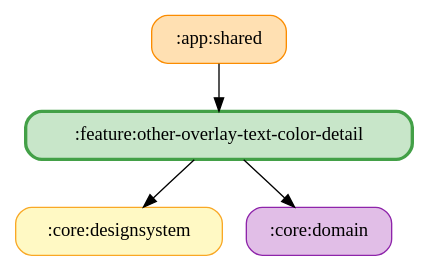
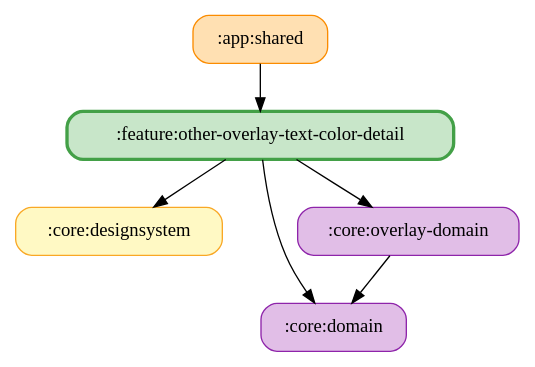
The diagram in docs/graphs/feature-other-overlay-text-color-detail.gv (ai-kurou/KoDriver), drawn with Graphviz before and after one commit. The commit also changed 58 other files, not shown here.

Commit message:
chore: update module graph images

```diff
--- a/docs/graphs/feature-other-overlay-text-color-detail.gv
+++ b/docs/graphs/feature-other-overlay-text-color-detail.gv
@@ -1,11 +1,14 @@
 digraph G {
   rankdir=TB
   node [shape=box, style="rounded,filled"]
   ":app:shared" [fillcolor="#FFE0B2", color="#FB8C00", penwidth=1]
   ":core:designsystem" [fillcolor="#FFF9C4", color="#F9A825", penwidth=1]
   ":core:domain" [fillcolor="#E1BEE7", color="#8E24AA", penwidth=1]
+  ":core:overlay-domain" [fillcolor="#E1BEE7", color="#8E24AA", penwidth=1]
   ":feature:other-overlay-text-color-detail" [fillcolor="#C8E6C9", color="#43A047", penwidth=2.5]
   ":app:shared" -> ":feature:other-overlay-text-color-detail"
+  ":core:overlay-domain" -> ":core:domain"
   ":feature:other-overlay-text-color-detail" -> ":core:domain"
   ":feature:other-overlay-text-color-detail" -> ":core:designsystem"
+  ":feature:other-overlay-text-color-detail" -> ":core:overlay-domain"
 }
```
